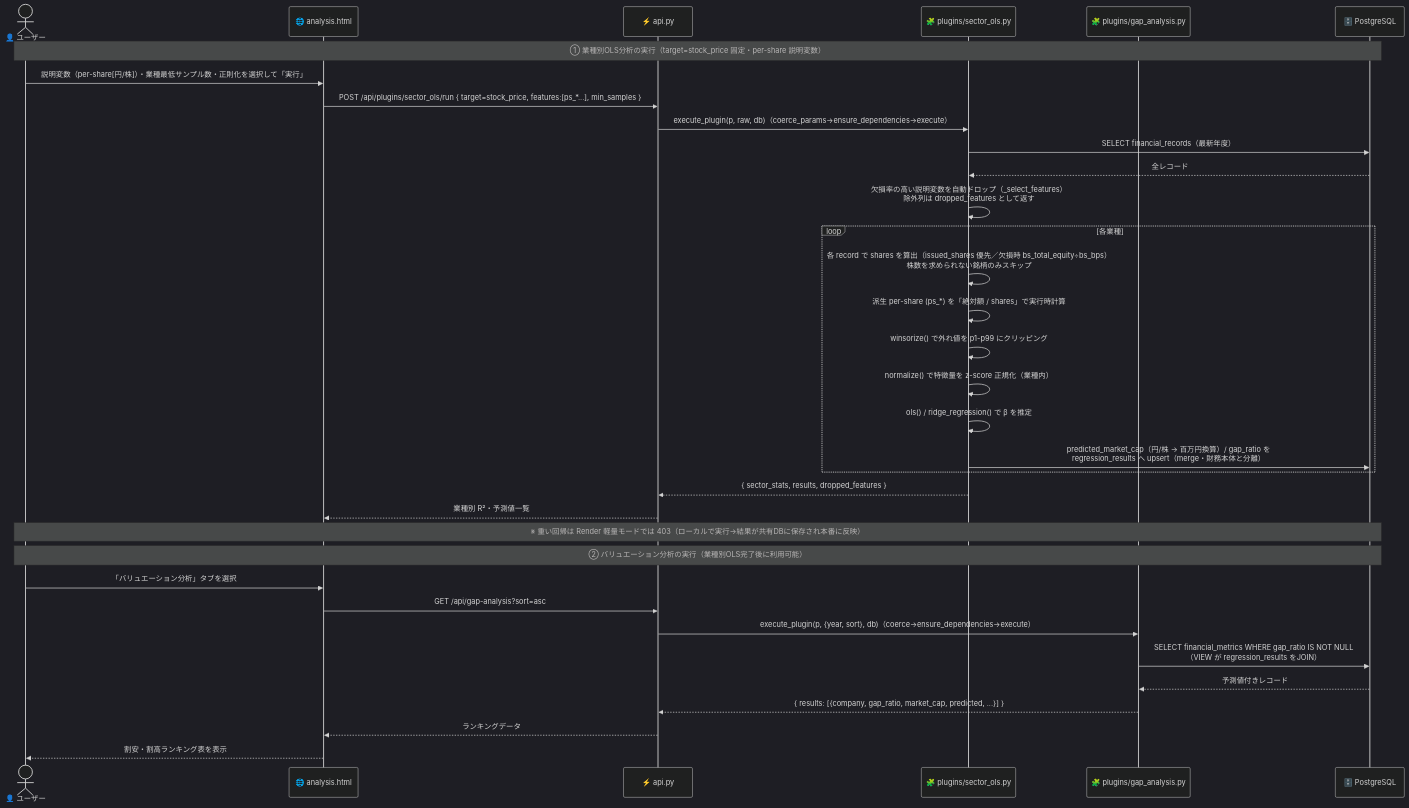
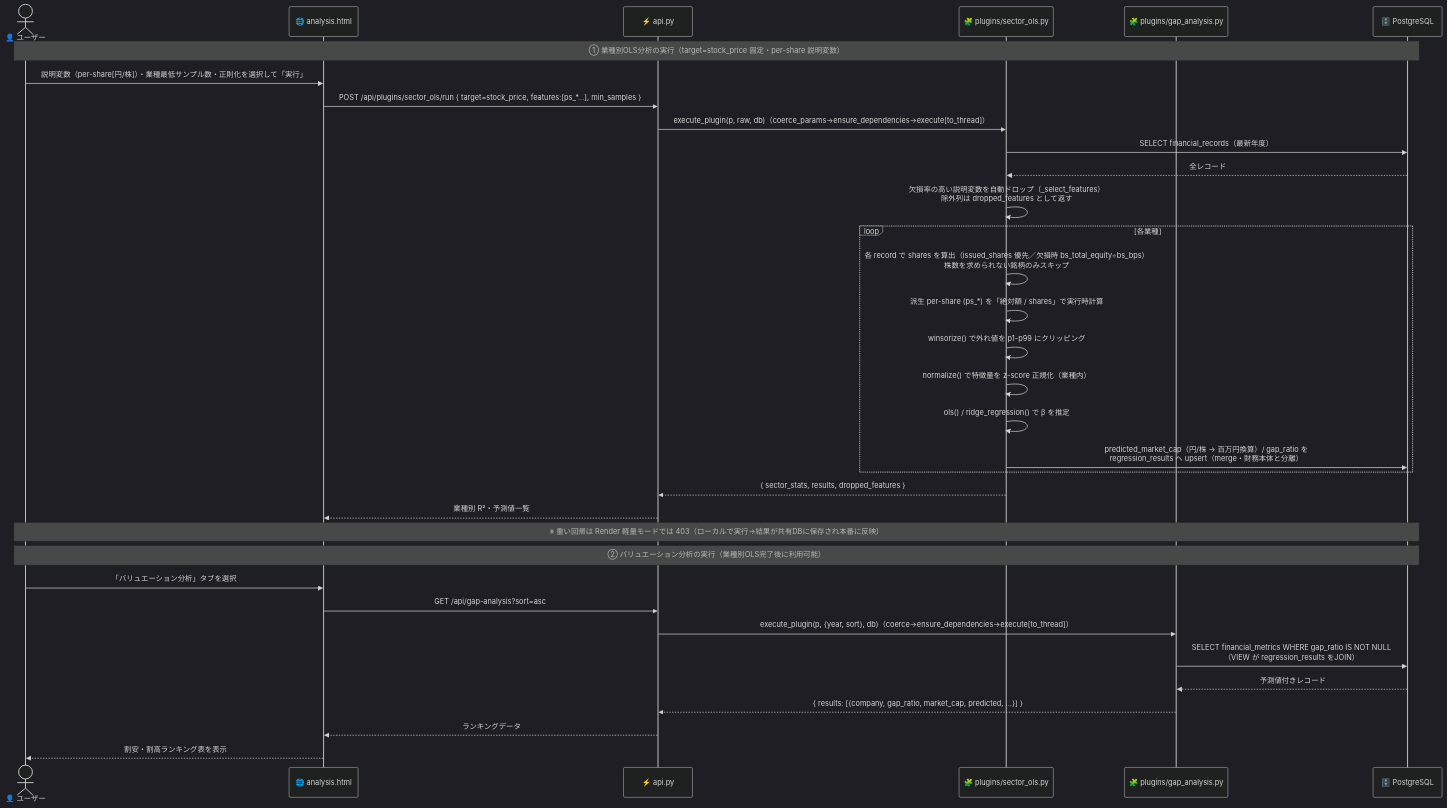
Before and after one commit to kome-kome/financial_app: the sixth of 12 diagrams in docs/ARCHITECTURE.md, drawn with Mermaid (dark theme). The commit also changed other lines of this file and 2 other files, not shown here.

Commit message:
docs: to_threadオフロード方針とheartbeat watchdog誤停止の罠を反映
CLAUDE.md設計制約(execute同期実装・async def禁止)、ARCHITECTUREの
シーケンス/クラス図、GOTCHASへイベントループブロック→watchdog os._exit
の実障害・ContextVar伝播条件・dbセッション逐次ハンドオフを追記(Refs #357)

````diff
--- a/docs/ARCHITECTURE.md
+++ b/docs/ARCHITECTURE.md
@@ -493,42 +493,42 @@
 ```mermaid
 sequenceDiagram
     actor       User  as 👤 ユーザー
     participant UI    as 🌐 analysis.html
     participant API   as ⚡ api.py
     participant PLG   as 🧩 plugins/sector_ols.py
     participant GAP   as 🧩 plugins/gap_analysis.py
     participant DB    as 🗄️ PostgreSQL
 
     Note over User,DB: ① 業種別OLS分析の実行（target=stock_price 固定・per-share 説明変数）
     User ->> UI  : 説明変数（per-share[円/株]）・業種最低サンプル数・正則化を選択して「実行」
     UI   ->> API : POST /api/plugins/sector_ols/run { target=stock_price, features:[ps_*...], min_samples }
-    API  ->> PLG : execute_plugin(p, raw, db)（coerce_params→ensure_dependencies→execute）
+    API  ->> PLG : execute_plugin(p, raw, db)（coerce_params→ensure_dependencies→execute[to_thread]）
 
     PLG  ->> DB  : SELECT financial_records（最新年度）
     DB  -->> PLG : 全レコード
 
     PLG  ->> PLG : 欠損率の高い説明変数を自動ドロップ（_select_features）<br/>除外列は dropped_features として返す
     loop 各業種
         PLG  ->> PLG : 各 record で shares を算出（issued_shares 優先／欠損時 bs_total_equity÷bs_bps）<br/>株数を求められない銘柄のみスキップ
         PLG  ->> PLG : 派生 per-share (ps_*) を「絶対額 / shares」で実行時計算
         PLG  ->> PLG : winsorize() で外れ値を p1-p99 にクリッピング
         PLG  ->> PLG : normalize() で特徴量を z-score 正規化（業種内）
         PLG  ->> PLG : ols() / ridge_regression() で β を推定
         PLG  ->> DB  : predicted_market_cap（円/株 → 百万円換算）/ gap_ratio を<br/>regression_results へ upsert（merge・財務本体と分離）
     end
 
     PLG -->> API : { sector_stats, results, dropped_features }
     API -->> UI  : 業種別 R²・予測値一覧
 
     Note over User,DB: ※ 重い回帰は Render 軽量モードでは 403（ローカルで実行→結果が共有DBに保存され本番に反映）
 
     Note over User,DB: ② バリュエーション分析の実行（業種別OLS完了後に利用可能）
     User ->> UI  : 「バリュエーション分析」タブを選択
     UI   ->> API : GET /api/gap-analysis?sort=asc
-    API  ->> GAP : execute_plugin(p, {year, sort}, db)（coerce→ensure_dependencies→execute）
+    API  ->> GAP : execute_plugin(p, {year, sort}, db)（coerce→ensure_dependencies→execute[to_thread]）
     GAP  ->> DB  : SELECT financial_metrics WHERE gap_ratio IS NOT NULL<br/>（VIEW が regression_results をJOIN）
     DB  -->> GAP : 予測値付きレコード
     GAP -->> API : { results: [{company, gap_ratio, market_cap, predicted, ...}] }
     API -->> UI  : ランキングデータ
     UI  -->> User: 割安・割高ランキング表を表示
 ```
````
